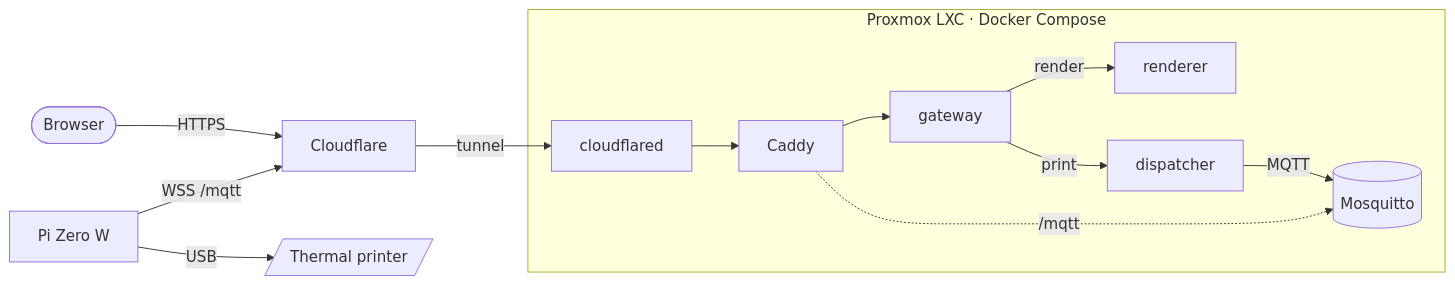
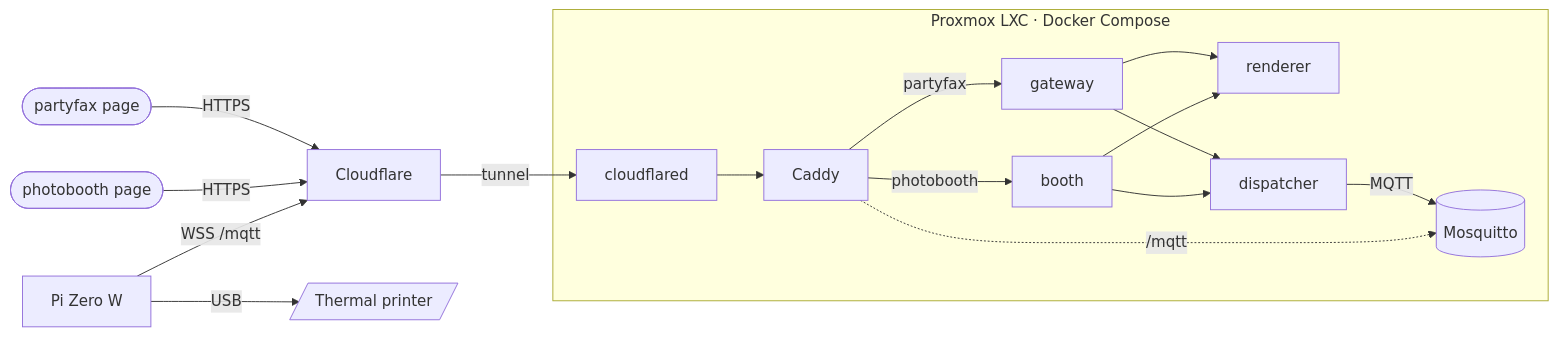
Before and after one commit to jstader/partyfax: the diagram in README.md, drawn with Mermaid. The commit also changed other lines of this file, not shown here.

First line of the commit message:
docs: present partyfax and the photobooth as two front ends on one back end

````diff
--- a/README.md
+++ b/README.md
@@ -51,15 +77,19 @@
 ```mermaid
 flowchart LR
-    you([Browser]) -- HTTPS --> cf[Cloudflare]
+    fax([partyfax page]) -- HTTPS --> cf[Cloudflare]
+    booth_page([photobooth page]) -- HTTPS --> cf
     pi[Pi Zero W] -- "WSS /mqtt" --> cf
     cf -- tunnel --> cloudflared
     subgraph LXC [Proxmox LXC · Docker Compose]
         cloudflared --> caddy[Caddy]
-        caddy --> gateway
-        gateway -- render --> renderer
-        gateway -- print --> dispatcher
+        caddy -- partyfax --> gateway
+        caddy -- photobooth --> booth
+        gateway --> renderer
+        booth --> renderer
+        gateway --> dispatcher
+        booth --> dispatcher
         dispatcher -- MQTT --> broker[(Mosquitto)]
         caddy -. /mqtt .-> broker
     end
     pi -- USB --> printer[/Thermal printer/]
 ```
````
